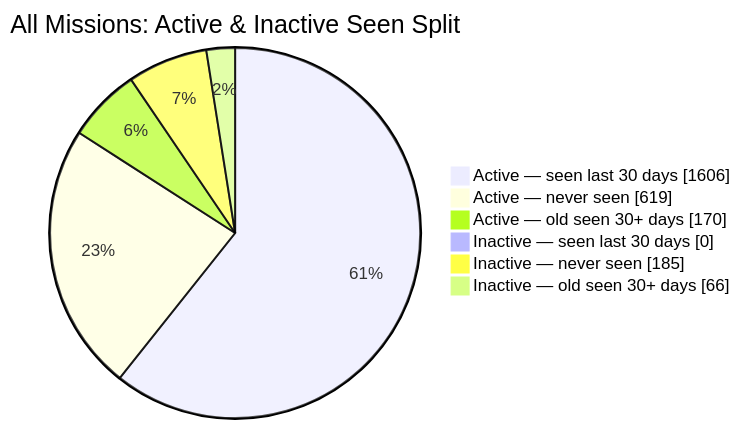
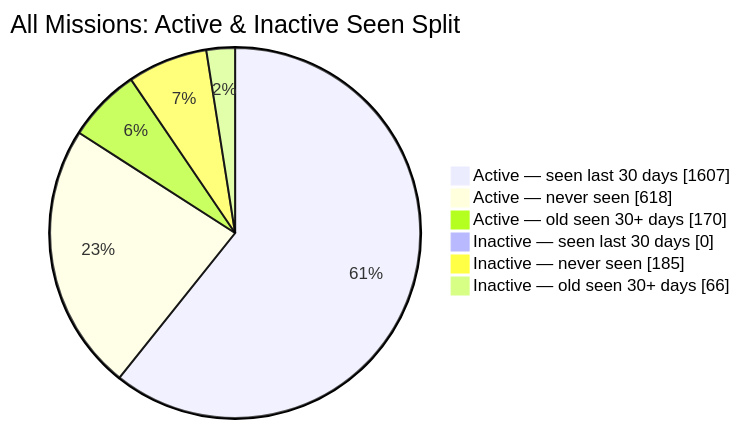
Before and after one commit to MeldkamerspelGameTeam/active-missions: the second of 2 diagrams in README.md, drawn with Mermaid. The commit also changed other lines of this file and 2 other files, not shown here.

````diff
--- a/README.md
+++ b/README.md
@@ -44,10 +44,10 @@
 ```mermaid
 pie showData
     title All Missions: Active & Inactive Seen Split
-    "Active — seen last 30 days" : 1606
-    "Active — never seen" : 619
+    "Active — seen last 30 days" : 1607
+    "Active — never seen" : 618
     "Active — old seen 30+ days" : 170
     "Inactive — seen last 30 days" : 0
     "Inactive — never seen" : 185
     "Inactive — old seen 30+ days" : 66
 ```
````
